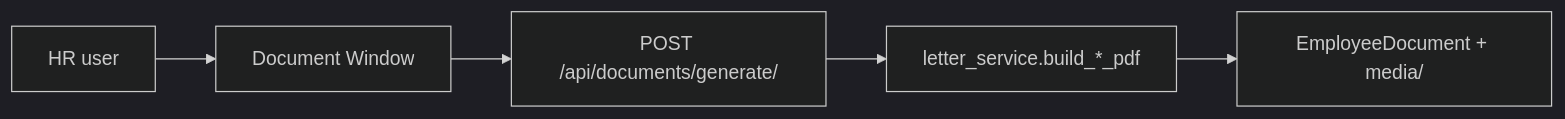
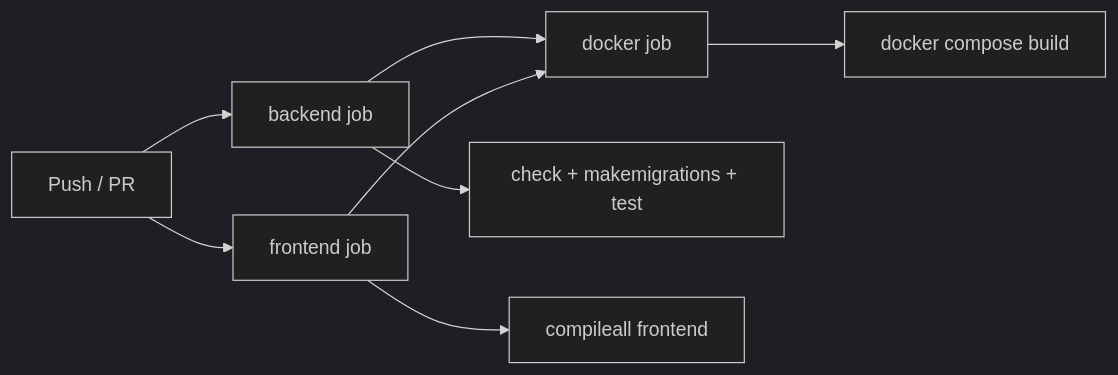
One commit to premkumarrs/hrms-system changed the eighth of 8 diagrams in README.md. Above: the diagram before and after it, drawn with Mermaid (dark theme). The commit also changed other lines of this file, not shown here.

````diff
--- a/README.md
+++ b/README.md
@@ -288,7 +963,10 @@
 ```mermaid
 flowchart LR
-    HR[HR user] --> UI[Document Window]
-    UI --> API[POST /api/documents/generate/]
-    API --> PDF[letter_service.build_*_pdf]
-    PDF --> Store[EmployeeDocument + media/]
+    Push[Push / PR] --> BE[backend job]
+    Push --> FE[frontend job]
+    BE --> Docker[docker job]
+    FE --> Docker
+    BE --> T1[check + makemigrations + test]
+    FE --> T2[compileall frontend]
+    Docker --> T3[docker compose build]
 ```
````
